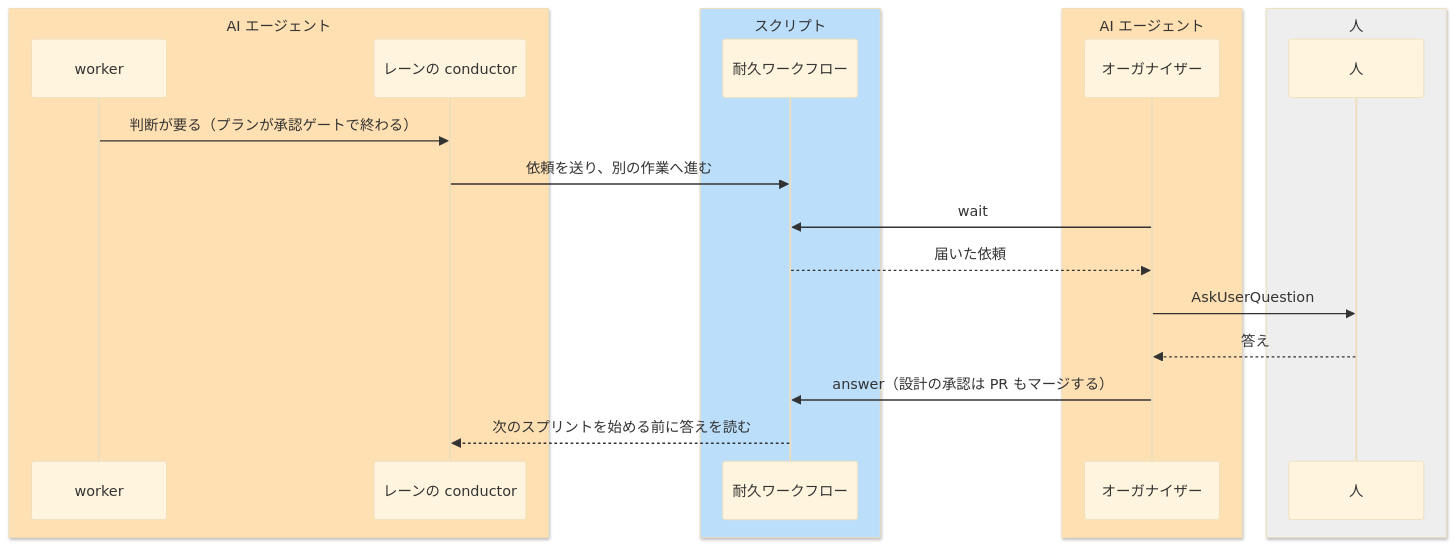
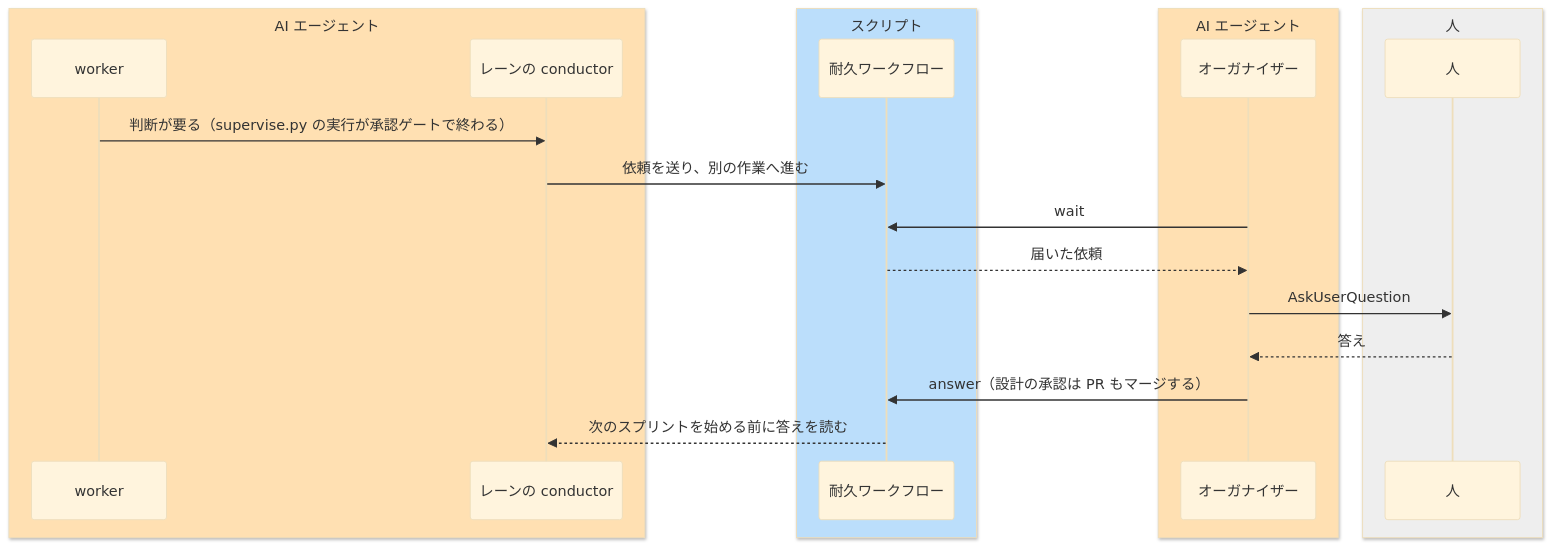
One commit to devbasex/ai-plugins changed the third of 4 diagrams in docs/ndf-parallel-model.md. Above: the diagram before and after it, drawn with Mermaid (base theme). The commit also changed other lines of this file, not shown here.

First line of the commit message:
Docs: プランを動く物として書いた箇所を supervise.py の実行に直す

````diff
--- a/docs/ndf-parallel-model.md
+++ b/docs/ndf-parallel-model.md
@@ -135,24 +135,24 @@
 ```mermaid
 sequenceDiagram
     box rgb(255,224,178) AI エージェント
     participant W as worker
     participant C as レーンの conductor
     end
     box rgb(187,222,251) スクリプト
     participant D as 耐久ワークフロー
     end
     box rgb(255,224,178) AI エージェント
     participant O as オーガナイザー
     end
     box rgb(238,238,238) 人
     participant H as 人
     end
-    W->>C: 判断が要る（プランが承認ゲートで終わる）
+    W->>C: 判断が要る（supervise.py の実行が承認ゲートで終わる）
     C->>D: 依頼を送り、別の作業へ進む
     O->>D: wait
     D-->>O: 届いた依頼
     O->>H: AskUserQuestion
     H-->>O: 答え
     O->>D: answer（設計の承認は PR もマージする）
     D-->>C: 次のスプリントを始める前に答えを読む
 ```
````
